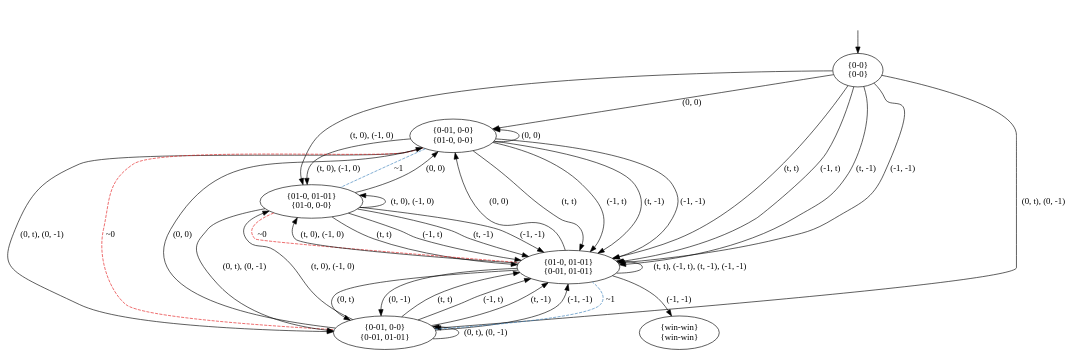
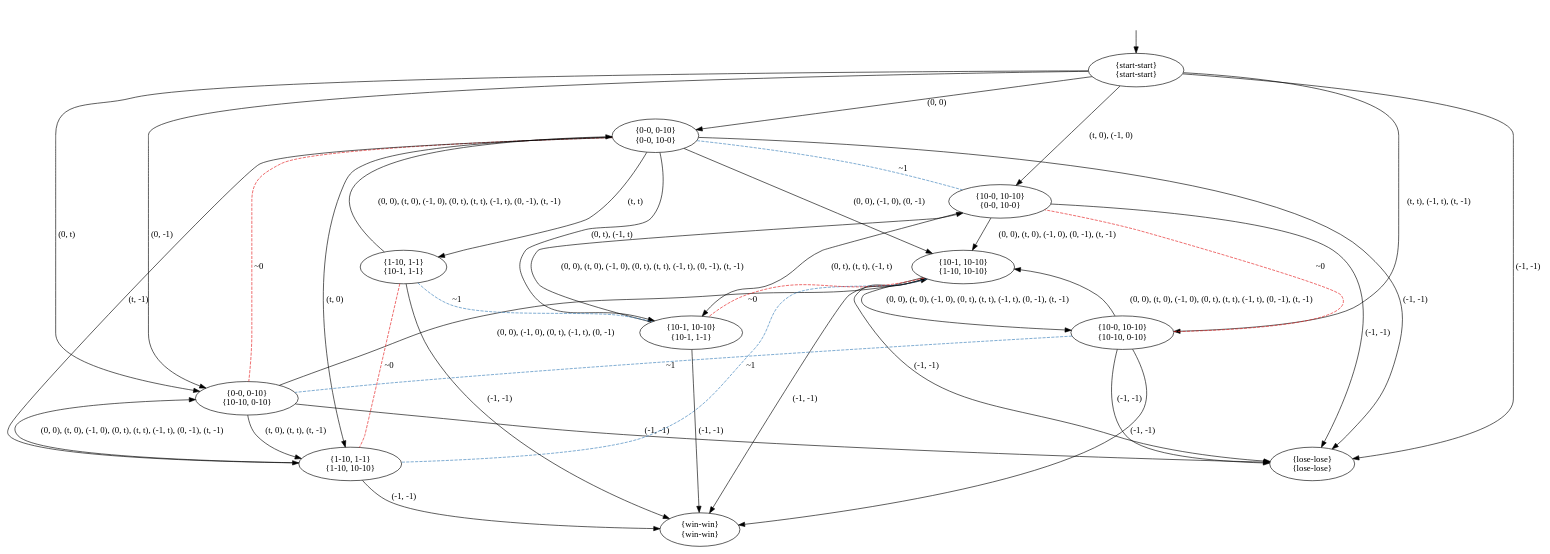
The diagram in pictures/GK2.dot (olandr/mkbsc), drawn with Graphviz before and after one commit. The commit also changed 14 other files, not shown here.

```diff
--- a/pictures/GK2.dot
+++ b/pictures/GK2.dot
@@ -1,52 +1,57 @@
 digraph  {
 concentrate=False;
 nodesep=0.5;
 ranksep=0.5;
 splines=True;
-4586271632 [label="{0-0}\n{0-0}"];
-4586271240 [label="{0-01, 0-0}\n{01-0, 0-0}"];
-4586272472 [label="{01-0, 01-01}\n{01-0, 0-0}"];
-4586271520 [label="{0-01, 0-0}\n{0-01, 01-01}"];
-4586271856 [label="{01-0, 01-01}\n{0-01, 01-01}"];
-4587183016 [label="{win-win}\n{win-win}"];
+140638937694160 [label="{start-start}\n{start-start}"];
+140638937693880 [label="{0-0, 0-10}\n{0-0, 10-0}"];
+140638937694048 [label="{10-0, 10-10}\n{0-0, 10-0}"];
+140638937693656 [label="{0-0, 0-10}\n{10-10, 0-10}"];
+140638937693824 [label="{10-0, 10-10}\n{10-10, 0-10}"];
+140638937690184 [label="{lose-lose}\n{lose-lose}"];
+140638937685912 [label="{10-1, 10-10}\n{1-10, 10-10}"];
+140638937684848 [label="{1-10, 1-1}\n{1-10, 10-10}"];
+140638937684680 [label="{10-1, 10-10}\n{10-1, 1-1}"];
+140638937685688 [label="{1-10, 1-1}\n{10-1, 1-1}"];
+140638937960632 [label="{win-win}\n{win-win}"];
 hidden [label="", shape=none];
-4586271632 -> 4586271240  [action="('0', '0')", key="('0', '0')", label="(0, 0)"];
-4586271632 -> 4586271856  [action="('t', 't')", key="('t', 't')", label="(t, t)"];
-4586271632 -> 4586271856  [action="('-1', 't')", key="('-1', 't')", label="(-1, t)"];
-4586271632 -> 4586271856  [action="('t', '-1')", key="('t', '-1')", label="(t, -1)"];
-4586271632 -> 4586271856  [action="('-1', '-1')", key="('-1', '-1')", label="(-1, -1)"];
-4586271632 -> 4586272472  [action="(('t', '0'), ('-1', '0'))", key="(('t', '0'), ('-1', '0'))", label="(t, 0), (-1, 0)"];
-4586271632 -> 4586271520  [action="(('0', 't'), ('0', '-1'))", key="(('0', 't'), ('0', '-1'))", label="(0, t), (0, -1)"];
-4586271240 -> 4586271240  [action="('0', '0')", dir=back, key="('0', '0')", label="(0, 0)"];
-4586271240 -> 4586271856  [action="('t', 't')", key="('t', 't')", label="(t, t)"];
-4586271240 -> 4586271856  [action="('-1', 't')", key="('-1', 't')", label="(-1, t)"];
-4586271240 -> 4586271856  [action="('t', '-1')", key="('t', '-1')", label="(t, -1)"];
-4586271240 -> 4586271856  [action="('-1', '-1')", key="('-1', '-1')", label="(-1, -1)"];
-4586271240 -> 4586272472  [action="(('t', '0'), ('-1', '0'))", key="(('t', '0'), ('-1', '0'))", label="(t, 0), (-1, 0)"];
-4586271240 -> 4586272472  [arrowhead=none, color=2, colorscheme=set19, constraint=True, key=1, label="~1", style=dashed];
-4586271240 -> 4586271520  [action="(('0', 't'), ('0', '-1'))", key="(('0', 't'), ('0', '-1'))", label="(0, t), (0, -1)"];
-4586271240 -> 4586271520  [arrowhead=none, color=1, colorscheme=set19, constraint=True, key=1, label="~0", style=dashed];
-4586272472 -> 4586271240  [action="('0', '0')", key="('0', '0')", label="(0, 0)"];
-4586272472 -> 4586271856  [action="('t', 't')", key="('t', 't')", label="(t, t)"];
-4586272472 -> 4586271856  [action="('-1', 't')", key="('-1', 't')", label="(-1, t)"];
-4586272472 -> 4586271856  [action="('t', '-1')", key="('t', '-1')", label="(t, -1)"];
-4586272472 -> 4586271856  [action="('-1', '-1')", key="('-1', '-1')", label="(-1, -1)"];
-4586272472 -> 4586271856  [arrowhead=none, color=1, colorscheme=set19, constraint=True, key=4, label="~0", style=dashed];
-4586272472 -> 4586272472  [action="(('t', '0'), ('-1', '0'))", dir=back, key="(('t', '0'), ('-1', '0'))", label="(t, 0), (-1, 0)"];
-4586272472 -> 4586271520  [action="(('0', 't'), ('0', '-1'))", key="(('0', 't'), ('0', '-1'))", label="(0, t), (0, -1)"];
-4586271520 -> 4586271240  [action="('0', '0')", key="('0', '0')", label="(0, 0)"];
-4586271520 -> 4586271856  [action="('t', 't')", key="('t', 't')", label="(t, t)"];
-4586271520 -> 4586271856  [action="('-1', 't')", key="('-1', 't')", label="(-1, t)"];
-4586271520 -> 4586271856  [action="('t', '-1')", key="('t', '-1')", label="(t, -1)"];
-4586271520 -> 4586271856  [action="('-1', '-1')", key="('-1', '-1')", label="(-1, -1)"];
-4586271520 -> 4586271856  [arrowhead=none, color=2, colorscheme=set19, constraint=True, key=4, label="~1", style=dashed];
-4586271520 -> 4586272472  [action="(('t', '0'), ('-1', '0'))", key="(('t', '0'), ('-1', '0'))", label="(t, 0), (-1, 0)"];
-4586271520 -> 4586271520  [action="(('0', 't'), ('0', '-1'))", dir=back, key="(('0', 't'), ('0', '-1'))", label="(0, t), (0, -1)"];
-4586271856 -> 4586271240  [action="('0', '0')", key="('0', '0')", label="(0, 0)"];
-4586271856 -> 4586271520  [action="('0', 't')", key="('0', 't')", label="(0, t)"];
-4586271856 -> 4586271520  [action="('0', '-1')", key="('0', '-1')", label="(0, -1)"];
-4586271856 -> 4587183016  [action="('-1', '-1')", key="('-1', '-1')", label="(-1, -1)"];
-4586271856 -> 4586272472  [action="(('t', '0'), ('-1', '0'))", key="(('t', '0'), ('-1', '0'))", label="(t, 0), (-1, 0)"];
-4586271856 -> 4586271856  [action="(('t', 't'), ('-1', 't'), ('t', '-1'), ('-1', '-1'))", dir=back, key="(('t', 't'), ('-1', 't'), ('t', '-1'), ('-1', '-1'))", label="(t, t), (-1, t), (t, -1), (-1, -1)"];
-hidden -> 4586271632  [key=0];
+140638937694160 -> 140638937693880  [action="('0', '0')", key="('0', '0')", label="(0, 0)"];
+140638937694160 -> 140638937693656  [action="('0', 't')", key="('0', 't')", label="(0, t)"];
+140638937694160 -> 140638937693656  [action="('0', '-1')", key="('0', '-1')", label="(0, -1)"];
+140638937694160 -> 140638937690184  [action="('-1', '-1')", key="('-1', '-1')", label="(-1, -1)"];
+140638937694160 -> 140638937694048  [action="(('t', '0'), ('-1', '0'))", key="(('t', '0'), ('-1', '0'))", label="(t, 0), (-1, 0)"];
+140638937694160 -> 140638937693824  [action="(('t', 't'), ('-1', 't'), ('t', '-1'))", key="(('t', 't'), ('-1', 't'), ('t', '-1'))", label="(t, t), (-1, t), (t, -1)"];
+140638937693880 -> 140638937684848  [action="('t', '0')", key="('t', '0')", label="(t, 0)"];
+140638937693880 -> 140638937684848  [action="('t', '-1')", key="('t', '-1')", label="(t, -1)"];
+140638937693880 -> 140638937685688  [action="('t', 't')", key="('t', 't')", label="(t, t)"];
+140638937693880 -> 140638937690184  [action="('-1', '-1')", key="('-1', '-1')", label="(-1, -1)"];
+140638937693880 -> 140638937685912  [action="(('0', '0'), ('-1', '0'), ('0', '-1'))", key="(('0', '0'), ('-1', '0'), ('0', '-1'))", label="(0, 0), (-1, 0), (0, -1)"];
+140638937693880 -> 140638937684680  [action="(('0', 't'), ('-1', 't'))", key="(('0', 't'), ('-1', 't'))", label="(0, t), (-1, t)"];
+140638937693880 -> 140638937693656  [arrowhead=none, color=1, colorscheme=set19, constraint=True, key=0, label="~0", style=dashed];
+140638937693880 -> 140638937694048  [arrowhead=none, color=2, colorscheme=set19, constraint=True, key=0, label="~1", style=dashed];
+140638937694048 -> 140638937690184  [action="('-1', '-1')", key="('-1', '-1')", label="(-1, -1)"];
+140638937694048 -> 140638937685912  [action="(('0', '0'), ('t', '0'), ('-1', '0'), ('0', '-1'), ('t', '-1'))", key="(('0', '0'), ('t', '0'), ('-1', '0'), ('0', '-1'), ('t', '-1'))", label="(0, 0), (t, 0), (-1, 0), (0, -1), (t, -1)"];
+140638937694048 -> 140638937684680  [action="(('0', 't'), ('t', 't'), ('-1', 't'))", key="(('0', 't'), ('t', 't'), ('-1', 't'))", label="(0, t), (t, t), (-1, t)"];
+140638937693656 -> 140638937690184  [action="('-1', '-1')", key="('-1', '-1')", label="(-1, -1)"];
+140638937693656 -> 140638937685912  [action="(('0', '0'), ('-1', '0'), ('0', 't'), ('-1', 't'), ('0', '-1'))", key="(('0', '0'), ('-1', '0'), ('0', 't'), ('-1', 't'), ('0', '-1'))", label="(0, 0), (-1, 0), (0, t), (-1, t), (0, -1)"];
+140638937693656 -> 140638937684848  [action="(('t', '0'), ('t', 't'), ('t', '-1'))", key="(('t', '0'), ('t', 't'), ('t', '-1'))", label="(t, 0), (t, t), (t, -1)"];
+140638937693824 -> 140638937690184  [action="('-1', '-1')", key="('-1', '-1')", label="(-1, -1)"];
+140638937693824 -> 140638937960632  [action="('-1', '-1')", key="('-1', '-1')", label="(-1, -1)"];
+140638937693824 -> 140638937685912  [action="(('0', '0'), ('t', '0'), ('-1', '0'), ('0', 't'), ('t', 't'), ('-1', 't'), ('0', '-1'), ('t', '-1'))", key="(('0', '0'), ('t', '0'), ('-1', '0'), ('0', 't'), ('t', 't'), ('-1', 't'), ('0', '-1'), ('t', '-1'))", label="(0, 0), (t, 0), (-1, 0), (0, t), (t, t), (-1, t), (0, -1), (t, -1)"];
+140638937693824 -> 140638937694048  [arrowhead=none, color=1, colorscheme=set19, constraint=True, key=0, label="~0", style=dashed];
+140638937693824 -> 140638937693656  [arrowhead=none, color=2, colorscheme=set19, constraint=True, key=0, label="~1", style=dashed];
+140638937685912 -> 140638937690184  [action="('-1', '-1')", key="('-1', '-1')", label="(-1, -1)"];
+140638937685912 -> 140638937960632  [action="('-1', '-1')", key="('-1', '-1')", label="(-1, -1)"];
+140638937685912 -> 140638937693824  [action="(('0', '0'), ('t', '0'), ('-1', '0'), ('0', 't'), ('t', 't'), ('-1', 't'), ('0', '-1'), ('t', '-1'))", key="(('0', '0'), ('t', '0'), ('-1', '0'), ('0', 't'), ('t', 't'), ('-1', 't'), ('0', '-1'), ('t', '-1'))", label="(0, 0), (t, 0), (-1, 0), (0, t), (t, t), (-1, t), (0, -1), (t, -1)"];
+140638937685912 -> 140638937684680  [arrowhead=none, color=1, colorscheme=set19, constraint=True, key=0, label="~0", style=dashed];
+140638937685912 -> 140638937684848  [arrowhead=none, color=2, colorscheme=set19, constraint=True, key=0, label="~1", style=dashed];
+140638937684848 -> 140638937960632  [action="('-1', '-1')", key="('-1', '-1')", label="(-1, -1)"];
+140638937684848 -> 140638937693656  [action="(('0', '0'), ('t', '0'), ('-1', '0'), ('0', 't'), ('t', 't'), ('-1', 't'), ('0', '-1'), ('t', '-1'))", key="(('0', '0'), ('t', '0'), ('-1', '0'), ('0', 't'), ('t', 't'), ('-1', 't'), ('0', '-1'), ('t', '-1'))", label="(0, 0), (t, 0), (-1, 0), (0, t), (t, t), (-1, t), (0, -1), (t, -1)"];
+140638937684680 -> 140638937960632  [action="('-1', '-1')", key="('-1', '-1')", label="(-1, -1)"];
+140638937684680 -> 140638937694048  [action="(('0', '0'), ('t', '0'), ('-1', '0'), ('0', 't'), ('t', 't'), ('-1', 't'), ('0', '-1'), ('t', '-1'))", key="(('0', '0'), ('t', '0'), ('-1', '0'), ('0', 't'), ('t', 't'), ('-1', 't'), ('0', '-1'), ('t', '-1'))", label="(0, 0), (t, 0), (-1, 0), (0, t), (t, t), (-1, t), (0, -1), (t, -1)"];
+140638937685688 -> 140638937960632  [action="('-1', '-1')", key="('-1', '-1')", label="(-1, -1)"];
+140638937685688 -> 140638937693880  [action="(('0', '0'), ('t', '0'), ('-1', '0'), ('0', 't'), ('t', 't'), ('-1', 't'), ('0', '-1'), ('t', '-1'))", key="(('0', '0'), ('t', '0'), ('-1', '0'), ('0', 't'), ('t', 't'), ('-1', 't'), ('0', '-1'), ('t', '-1'))", label="(0, 0), (t, 0), (-1, 0), (0, t), (t, t), (-1, t), (0, -1), (t, -1)"];
+140638937685688 -> 140638937684848  [arrowhead=none, color=1, colorscheme=set19, constraint=True, key=0, label="~0", style=dashed];
+140638937685688 -> 140638937684680  [arrowhead=none, color=2, colorscheme=set19, constraint=True, key=0, label="~1", style=dashed];
+hidden -> 140638937694160  [key=0];
 }
```
